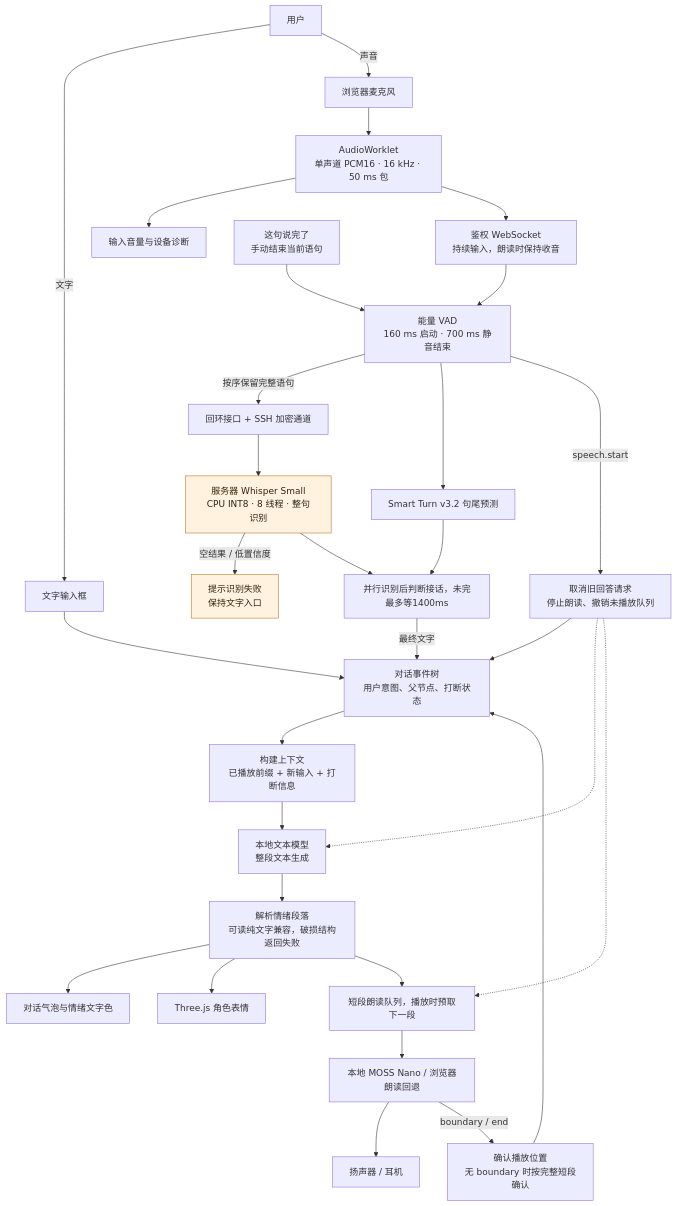
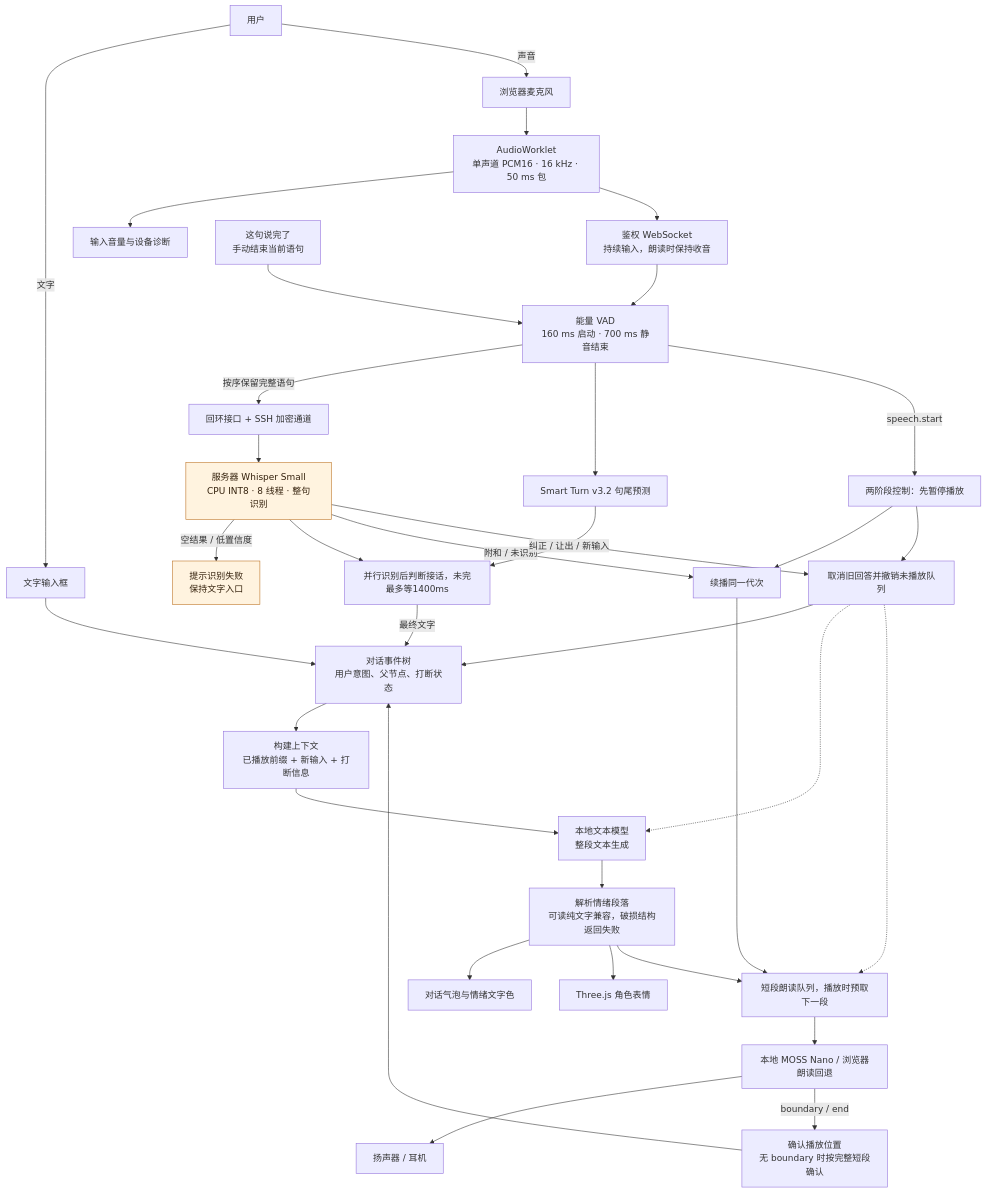
Before and after one commit to wuki-creator/Xim-duplex: the second of 6 diagrams in docs/MODEL_FLOW.md, drawn with Mermaid. The commit also changed other lines of this file and 18 other files, not shown here.

````diff
--- a/docs/MODEL_FLOW.md
+++ b/docs/MODEL_FLOW.md
@@ -27,35 +27,40 @@
 ```mermaid
 flowchart TD
     U[用户] -->|文字| TEXT[文字输入框]
     U -->|声音| MIC[浏览器麦克风]
     MIC --> CAP[AudioWorklet<br/>单声道 PCM16 · 16 kHz · 50 ms 包]
     CAP --> METER[输入音量与设备诊断]
     CAP --> WS[鉴权 WebSocket<br/>持续输入，朗读时保持收音]
     WS --> VAD[能量 VAD<br/>160 ms 启动 · 700 ms 静音结束]
     FINISH[这句说完了<br/>手动结束当前语句] --> VAD
     VAD -->|按序保留完整语句| TUNNEL[回环接口 + SSH 加密通道]
     TUNNEL --> ASR[服务器 Whisper Small<br/>CPU INT8 · 8 线程 · 整句识别]
     ASR -->|空结果 / 低置信度| FAIL[提示识别失败<br/>保持文字入口]
     VAD --> ENDPOINT[Smart Turn v3.2 句尾预测]
     ENDPOINT --> GATE[并行识别后判断接话，未完最多等1400ms]
     ASR --> GATE
     GATE -->|最终文字| TURN[对话事件树<br/>用户意图、父节点、打断状态]
     TEXT --> TURN
     TURN --> CTX[构建上下文<br/>已播放前缀 + 新输入 + 打断信息]
     CTX --> LLM[本地文本模型<br/>整段文本生成]
     LLM --> JSON[解析情绪段落<br/>可读纯文字兼容，破损结构返回失败]
     JSON --> UI[对话气泡与情绪文字色]
     JSON --> PET[Three.js 角色表情]
     JSON --> CHUNK[短段朗读队列，播放时预取下一段]
     CHUNK --> TTS[本地 MOSS Nano / 浏览器朗读回退]
     TTS --> OUT[扬声器 / 耳机]
     TTS -->|boundary / end| ACK[确认播放位置<br/>无 boundary 时按完整短段确认]
     ACK --> TURN
-    VAD -->|speech.start| STOP[取消旧回答请求<br/>停止朗读、撤销未播放队列]
+    VAD -->|speech.start| HOLD[两阶段控制：先暂停播放]
+    ASR -->|附和 / 未识别| RESUME[续播同一代次]
+    ASR -->|纠正 / 让出 / 新输入| STOP[取消旧回答并撤销未播放队列]
+    HOLD --> RESUME
+    HOLD --> STOP
+    RESUME --> CHUNK
     STOP --> TURN
     STOP -.-> LLM
     STOP -.-> CHUNK
 
     classDef pending fill:#fff3df,stroke:#bc7020,color:#34210c;
     class ASR,FAIL pending;
 ```
````
